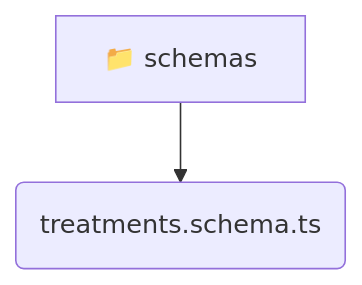
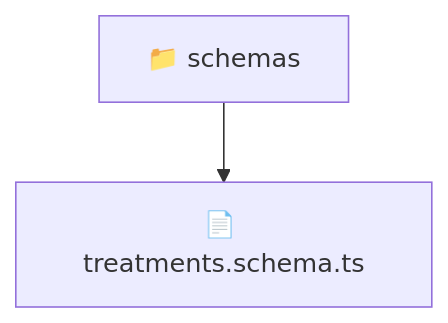
One commit to beginwebdev2002/fullstack-mavluda changed the diagram in backend/src/modules/treatments/infrastructure/schemas/README.md. Above: the diagram before and after it, drawn with Mermaid. The commit also changed other lines of this file and 163 other files, not shown here.

````diff
--- a/backend/src/modules/treatments/infrastructure/schemas/README.md
+++ b/backend/src/modules/treatments/infrastructure/schemas/README.md
@@ -9,5 +10,5 @@
 ```mermaid
 graph TD
-  schemas[📁 schemas]
-  schemas --> schemas_treatments_schema_ts(treatments.schema.ts)
+  Root["📁 schemas"]
+  Root --> treatmentsschemats["📄 treatments.schema.ts"]
 ```
````
